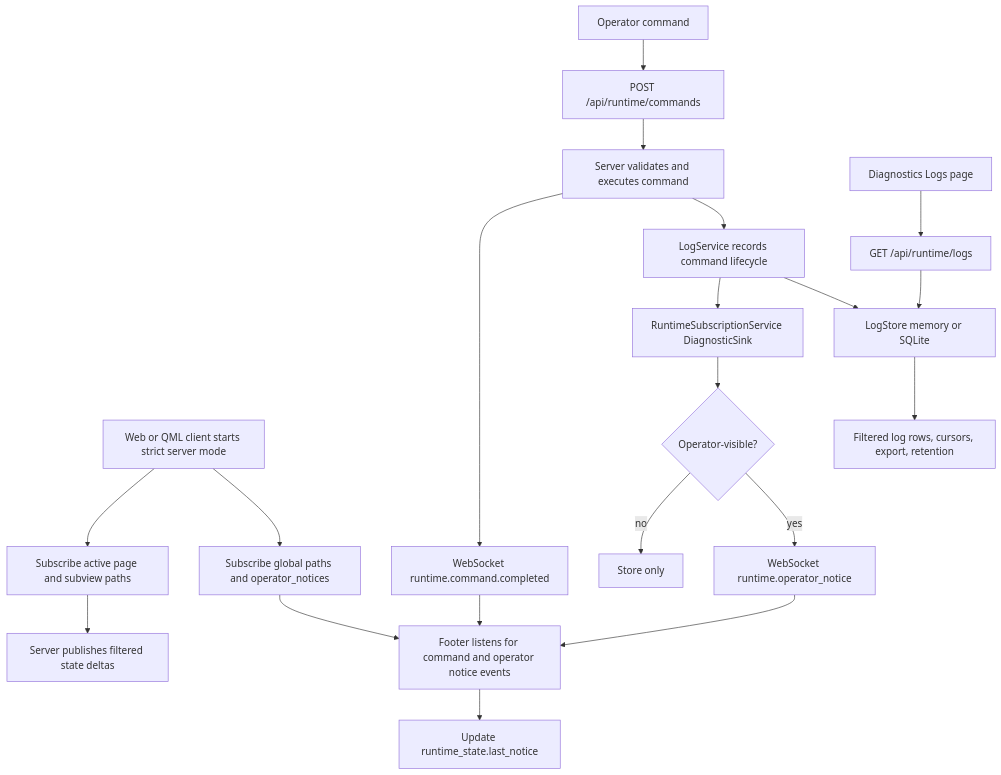
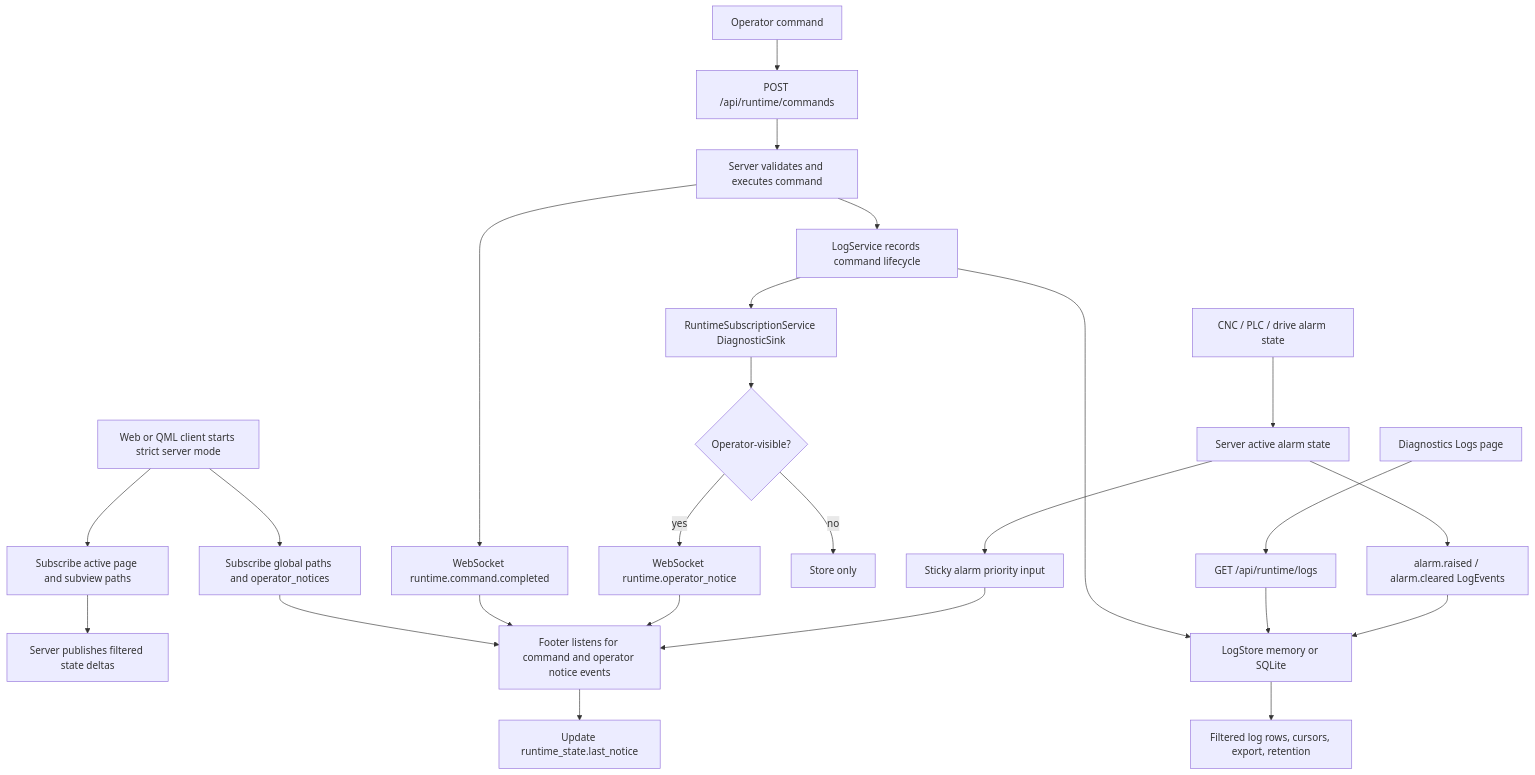
The diagram in 2026-05-03-codex-session/workflow-diagram.md (luppiterw/metanc_hmi_dsl_reports), drawn with Mermaid before and after one commit. The commit also changed other lines of this file and 4 other files, not shown here.

````diff
--- a/2026-05-03-codex-session/workflow-diagram.md
+++ b/2026-05-03-codex-session/workflow-diagram.md
@@ -3,25 +3,31 @@
 ```mermaid
 flowchart TD
     A[Web or QML client starts strict server mode] --> B[Subscribe global paths and operator_notices]
     A --> C[Subscribe active page and subview paths]
     C --> D[Server publishes filtered state deltas]
     B --> E[Footer listens for command and operator notice events]
 
     F[Operator command] --> G[POST /api/runtime/commands]
     G --> H[Server validates and executes command]
     H --> I[LogService records command lifecycle]
     H --> J[WebSocket runtime.command.completed]
     J --> E
 
     I --> K[LogStore memory or SQLite]
     I --> L[RuntimeSubscriptionService DiagnosticSink]
     L --> M{Operator-visible?}
     M -->|yes| N[WebSocket runtime.operator_notice]
     M -->|no| O[Store only]
     N --> E
     E --> P[Update runtime_state.last_notice]
 
     Q[Diagnostics Logs page] --> R[GET /api/runtime/logs]
     R --> K
     K --> S[Filtered log rows, cursors, export, retention]
+
+    T[CNC / PLC / drive alarm state] --> U[Server active alarm state]
+    U --> V[alarm.raised / alarm.cleared LogEvents]
+    U --> W[Sticky alarm priority input]
+    V --> K
+    W --> E
 ```
````
